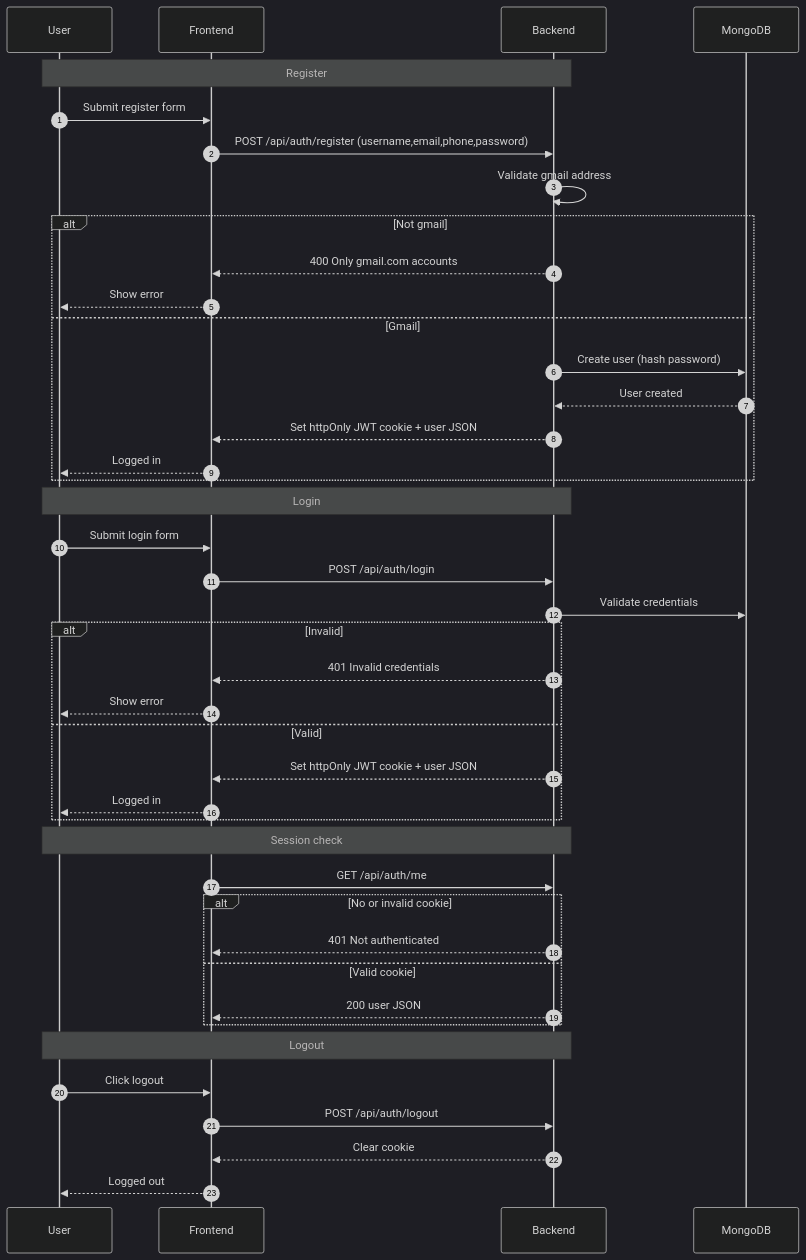
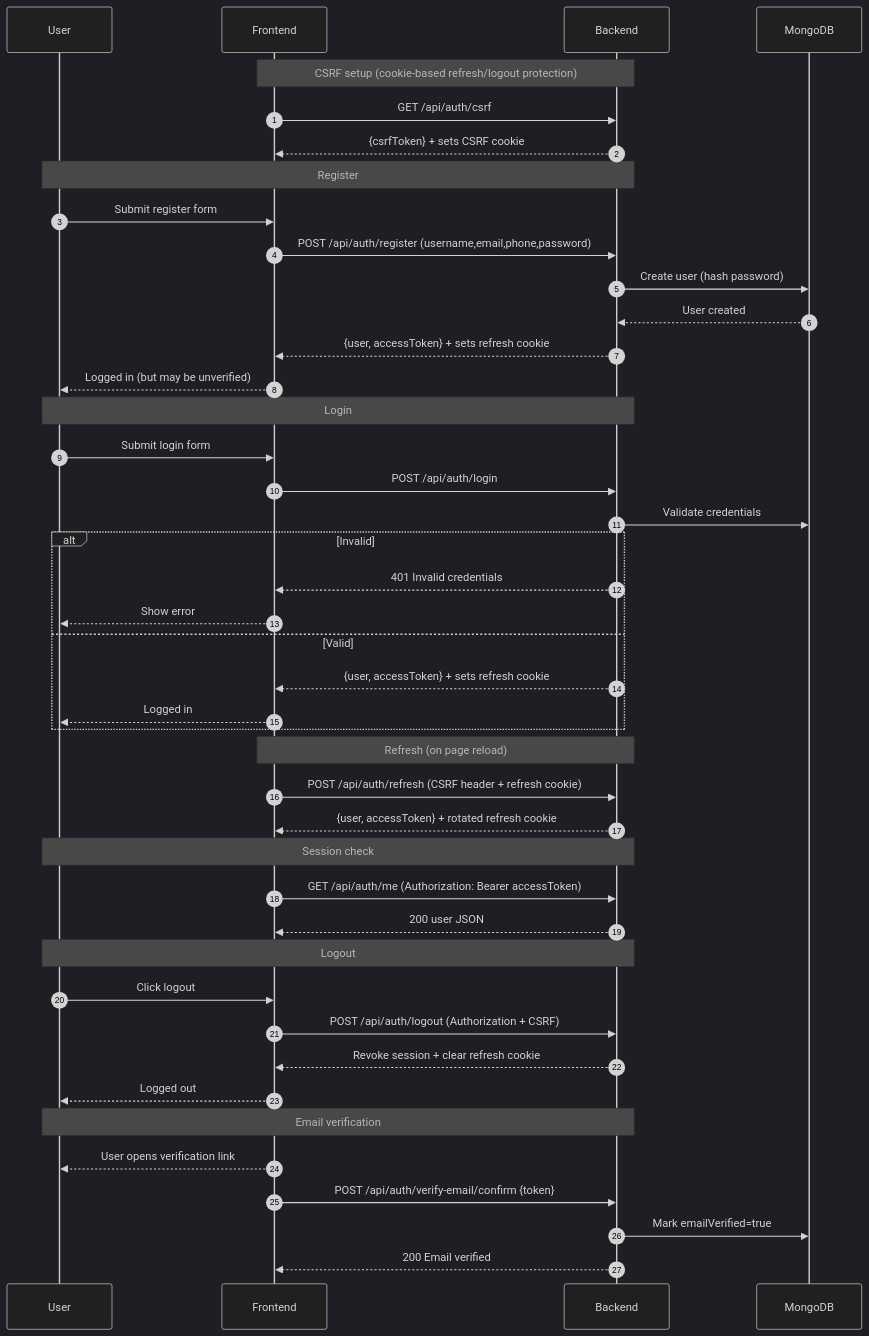
Before and after one commit to AnirudhCS-SASTRA2020/MERN-Weather-Application: the fourth of 9 diagrams in docs/FLOWS_AND_DIAGRAMS.md, drawn with Mermaid (dark theme). The commit also changed other lines of this file and 38 other files, not shown here.

````diff
--- a/docs/FLOWS_AND_DIAGRAMS.md
+++ b/docs/FLOWS_AND_DIAGRAMS.md
@@ -73,48 +73,52 @@
 ```mermaid
 sequenceDiagram
   autonumber
   participant U as User
   participant FE as Frontend
   participant BE as Backend
   participant DB as MongoDB
 
+  note over FE,BE: CSRF setup (cookie-based refresh/logout protection)
+  FE->>BE: GET /api/auth/csrf
+  BE-->>FE: {csrfToken} + sets CSRF cookie
+
   note over U,BE: Register
   U->>FE: Submit register form
   FE->>BE: POST /api/auth/register (username,email,phone,password)
-  BE->>BE: Validate gmail address
-  alt Not gmail
-    BE-->>FE: 400 Only gmail.com accounts
-    FE-->>U: Show error
-  else Gmail
-    BE->>DB: Create user (hash password)
-    DB-->>BE: User created
-    BE-->>FE: Set httpOnly JWT cookie + user JSON
-    FE-->>U: Logged in
-  end
+  BE->>DB: Create user (hash password)
+  DB-->>BE: User created
+  BE-->>FE: {user, accessToken} + sets refresh cookie
+  FE-->>U: Logged in (but may be unverified)
 
   note over U,BE: Login
   U->>FE: Submit login form
   FE->>BE: POST /api/auth/login
   BE->>DB: Validate credentials
   alt Invalid
     BE-->>FE: 401 Invalid credentials
     FE-->>U: Show error
   else Valid
-    BE-->>FE: Set httpOnly JWT cookie + user JSON
+    BE-->>FE: {user, accessToken} + sets refresh cookie
     FE-->>U: Logged in
   end
 
+  note over FE,BE: Refresh (on page reload)
+  FE->>BE: POST /api/auth/refresh (CSRF header + refresh cookie)
+  BE-->>FE: {user, accessToken} + rotated refresh cookie
+
   note over U,BE: Session check
-  FE->>BE: GET /api/auth/me
-  alt No or invalid cookie
-    BE-->>FE: 401 Not authenticated
-  else Valid cookie
-    BE-->>FE: 200 user JSON
-  end
+  FE->>BE: GET /api/auth/me (Authorization: Bearer accessToken)
+  BE-->>FE: 200 user JSON
 
   note over U,BE: Logout
   U->>FE: Click logout
-  FE->>BE: POST /api/auth/logout
-  BE-->>FE: Clear cookie
+  FE->>BE: POST /api/auth/logout (Authorization + CSRF)
+  BE-->>FE: Revoke session + clear refresh cookie
   FE-->>U: Logged out
+
+  note over U,BE: Email verification
+  FE-->>U: User opens verification link
+  FE->>BE: POST /api/auth/verify-email/confirm {token}
+  BE->>DB: Mark emailVerified=true
+  BE-->>FE: 200 Email verified
 ```
````
